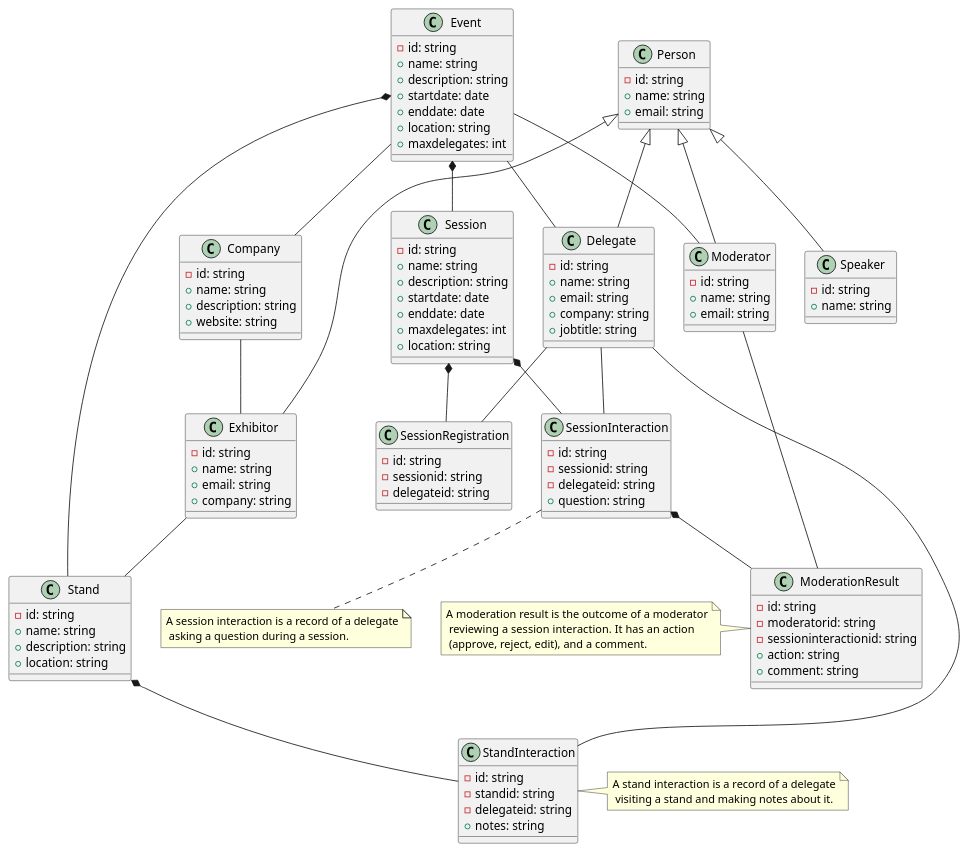
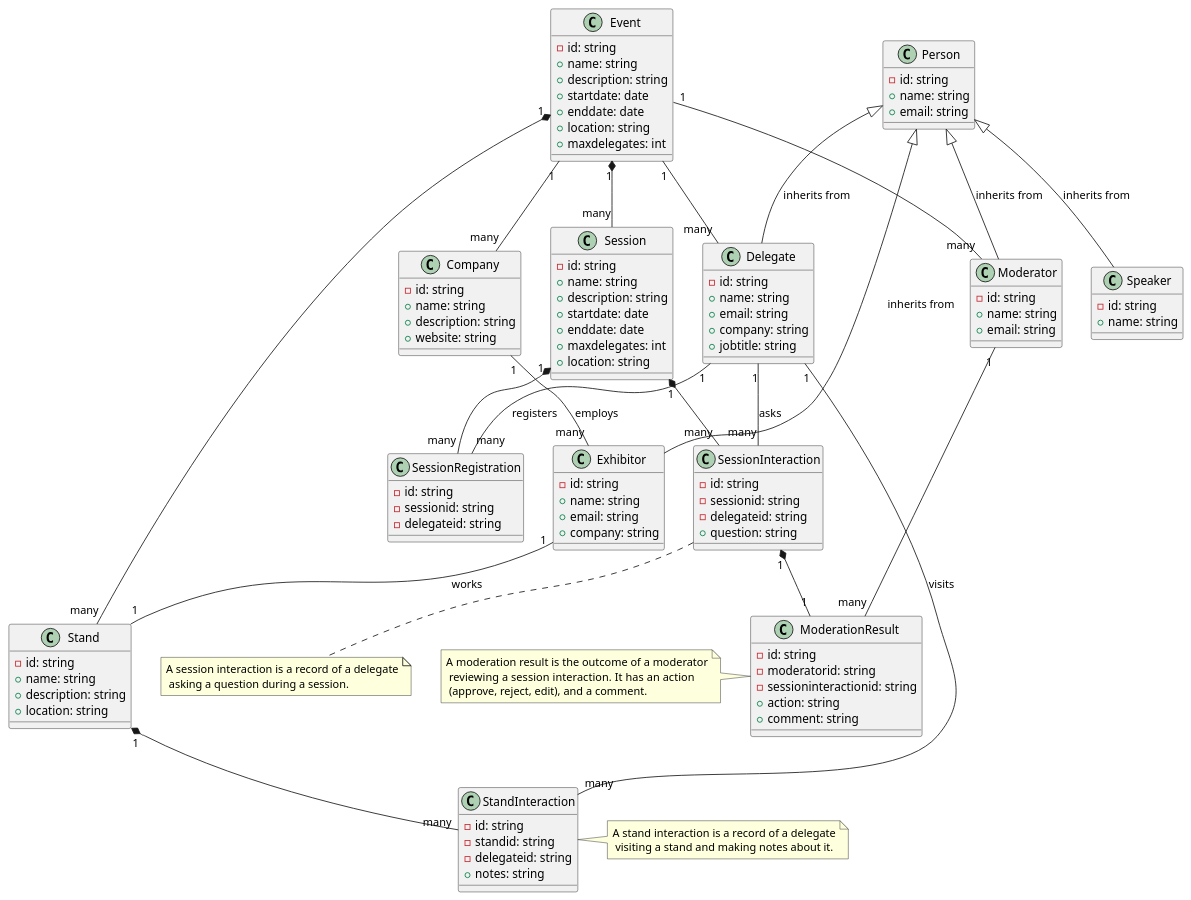
One commit to CSC-40084-Group-7/BMI2-UML changed the diagram in BookMeIn2.puml. Above: the diagram before and after it, drawn with PlantUML. The commit also changed 1 other file, not shown here.

```diff
--- a/BookMeIn2.puml
+++ b/BookMeIn2.puml
@@ -1,153 +1,153 @@
 @startuml BookMeIn2
 
 /'
 Glossary
 
 Event: The event that is happening, e.g. App Development in a mobile world.
 Delegates: People attending the event, sometimes on behalf of a company.
 Exhibitor: A person attending the event on behalf of their company. Each Exhibitor works at one stand.
 Moderator: Works in the background during a session filtering the questions sent in by delegates, for the purpose of avoiding anything unsuitable being sent to the speaker, and amalgamating similar questions into one so as to avoid repeating the same question
 Session: A talk or presentation happening at the event. Several of these can happen at the same time at larger events and delegates would have to choose which ones they want to attend.  Sometimes these can require a pre-registration of interest to allow entry.
 Speaker: An individual presenting the session. These can be the same as exhibitors, or they may be completely independent.
 Stand: One per company at the event. These companies are ones that have paid to have a stand at the event.  Often these will be sponsors of the event looking to sell some sort of software or service to the delegates.   Multiple Exhibitors may work on one stand though.
 '/
 
 ' Entities
 
 class "Event" as event {
     - id: string
     + name: string
     + description: string
     + startdate: date
     + enddate: date
     + location: string
     + maxdelegates: int
 }
 
 class "Person" as person {
     - id: string
     + name: string
     + email: string
 }
 
 class "Delegate" as delegate {
     - id: string
     + name: string
     + email: string
     + company: string
     + jobtitle: string
 }
 
 class "Exhibitor" as exhibitor {
     - id: string
     + name: string
     + email: string
     + company: string
 }
 
 class "Moderator" as moderator {
     - id: string
     + name: string
     + email: string
 }
 
 class "Session" as session {
     - id: string
     + name: string
     + description: string
     + startdate: date
     + enddate: date
     + maxdelegates: int
     + location: string
 }
 
 class "Speaker" as speaker {
     - id: string
     + name: string
 }
 
 class "Stand" as stand {
     - id: string
     + name: string
     + description: string
     + location: string
 }
 
 class "Company" as company {
     - id: string
     + name: string
     + description: string
     + website: string
 }
 
 class "SessionRegistration" as sessionregistration {
     - id: string
     - sessionid: string
     - delegateid: string
 }
 
 class "StandInteraction" as standinteraction {
     - id: string
     - standid: string
     - delegateid: string
     + notes: string
 }
 
 class "SessionInteraction" as sessioninteraction {
     - id: string
     - sessionid: string
     - delegateid: string
     + question: string
 }
 
 class "ModerationResult" as moderationresult {
     - id: string
     - moderatorid: string
     - sessioninteractionid: string
     + action: string
     + comment: string
 }
 
 ' Relationships
 
-event -- delegate
-event -- moderator
-event -- company
+event "1" -- "many" delegate
+event "1" -- "many" moderator
+event "1" -- "many" company
 
-delegate -- standinteraction
-delegate -- sessioninteraction
-delegate -- sessionregistration
+delegate "1" -- "many" standinteraction : visits
+delegate "1" -- "many" sessioninteraction : asks
+delegate "1" -- "many" sessionregistration : registers
 
-exhibitor -- stand
+exhibitor "1" -- "1" stand : works
 
-company -- exhibitor
+company "1" -- "many" exhibitor : employs
 
-moderator -- moderationresult
+moderator "1" -- "many" moderationresult 
 
 
 ' Inheritance
 
-person <|-- delegate
-person <|-- exhibitor
-person <|-- moderator
-person <|-- speaker
+person <|-- delegate : inherits from
+person <|-- exhibitor : inherits from
+person <|-- moderator : inherits from
+person <|-- speaker : inherits from
 
 ' Composition
 
-event *-- session
-event *-- stand
+event "1" *-- "many" session
+event "1" *-- "many" stand
 
 ' Aggregation
 
-session *-- sessioninteraction
-session *-- sessionregistration
-stand *-- standinteraction
-sessioninteraction *-- moderationresult
+session "1" *-- "many" sessioninteraction
+session "1" *-- "many" sessionregistration
+stand "1" *-- "many" standinteraction
+sessioninteraction "1" *-- "1" moderationresult
 
 ' Notes
 
 note left of moderationresult : A moderation result is the outcome of a moderator\n reviewing a session interaction.  It has an action\n (approve, reject, edit), and a comment.
 note right of standinteraction : A stand interaction is a record of a delegate\n visiting a stand and making notes about it.
 note bottom of sessioninteraction : A session interaction is a record of a delegate\n asking a question during a session.
 
 @enduml
```
